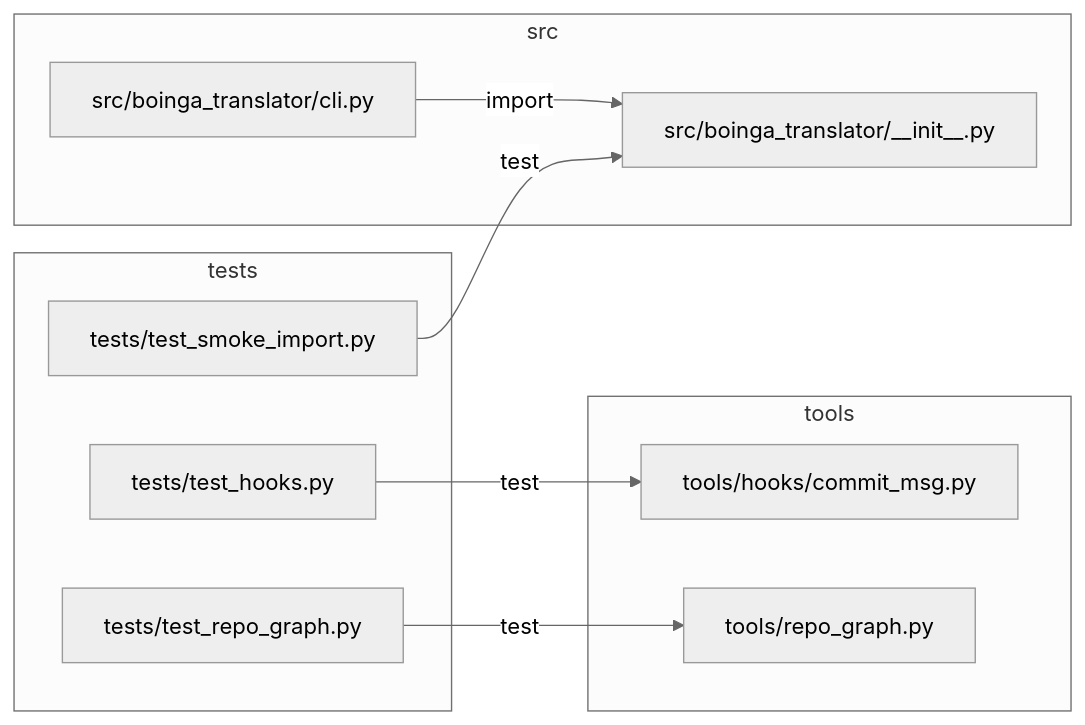
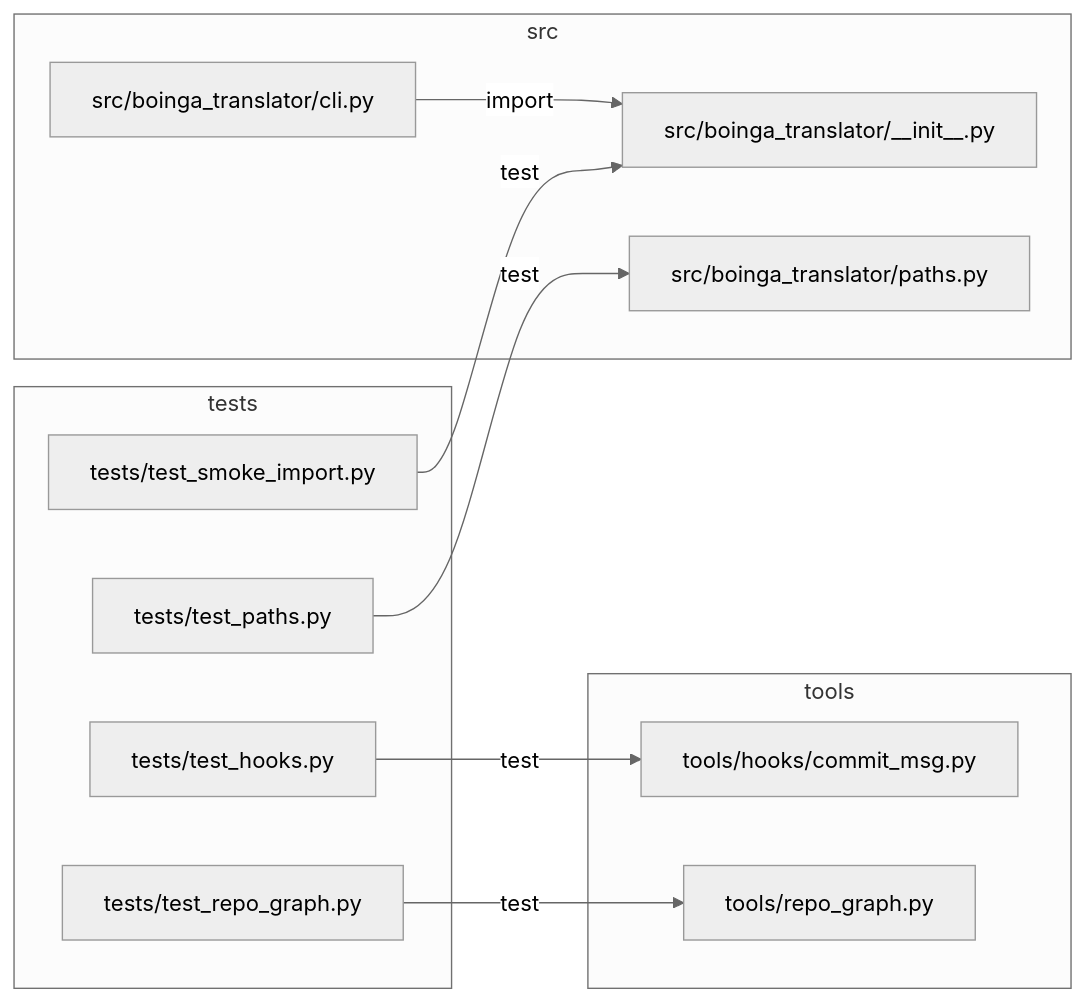
Before and after one commit to asparagusD/boinga-translator: the diagram in docs/REPO_GRAPH.md, drawn with Mermaid (neutral theme). The commit also changed other lines of this file and 4 other files, not shown here.

````diff
--- a/docs/REPO_GRAPH.md
+++ b/docs/REPO_GRAPH.md
@@ -53,20 +55,23 @@
 ```mermaid
 graph LR
   subgraph sg_src["src"]
     n_src_boinga_translator___init___py["src/boinga_translator/__init__.py"]
     n_src_boinga_translator_cli_py["src/boinga_translator/cli.py"]
+    n_src_boinga_translator_paths_py["src/boinga_translator/paths.py"]
   end
   subgraph sg_tests["tests"]
     n_tests_test_hooks_py["tests/test_hooks.py"]
+    n_tests_test_paths_py["tests/test_paths.py"]
     n_tests_test_repo_graph_py["tests/test_repo_graph.py"]
     n_tests_test_smoke_import_py["tests/test_smoke_import.py"]
   end
   subgraph sg_tools["tools"]
     n_tools_hooks_commit_msg_py["tools/hooks/commit_msg.py"]
     n_tools_repo_graph_py["tools/repo_graph.py"]
   end
   n_src_boinga_translator_cli_py -->|import| n_src_boinga_translator___init___py
   n_tests_test_hooks_py -->|test| n_tools_hooks_commit_msg_py
+  n_tests_test_paths_py -->|test| n_src_boinga_translator_paths_py
   n_tests_test_repo_graph_py -->|test| n_tools_repo_graph_py
   n_tests_test_smoke_import_py -->|test| n_src_boinga_translator___init___py
 ```
````
